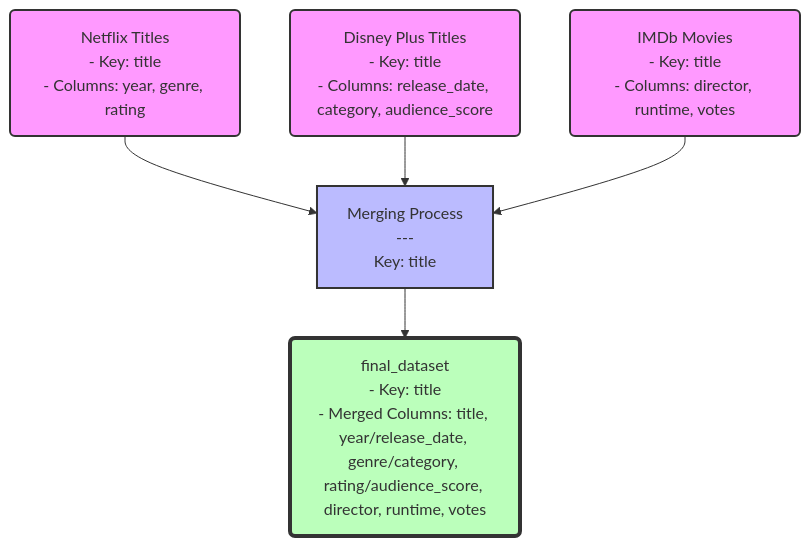
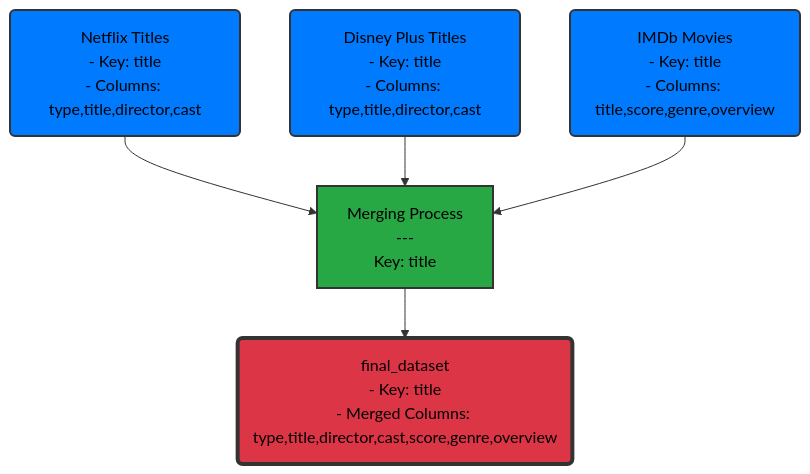
Before and after one commit to ShashankaJagadeesh/Analyzing-Film-Revenue-using-R: the diagram in QuartoCode.qmd, drawn with Mermaid. The commit also changed other lines of this file and 1 other file, not shown here.

First line of the commit message:
Final Draft 1

````diff
--- a/QuartoCode.qmd
+++ b/QuartoCode.qmd
@@ -63,24 +69,24 @@
 ```{mermaid}
 graph TD;
-    classDef dataset fill:#f9f,stroke:#333,stroke-width:2px;
-    classDef process fill:#bbf,stroke:#333,stroke-width:2px;
-    classDef final fill:#bfb,stroke:#333,stroke-width:4px;
+      classDef dataset fill:#007bff,stroke:#333,stroke-width:2px,color:#000;
+      classDef process fill:#28a745,stroke:#333,stroke-width:2px,color:#000;
+      classDef final fill:#dc3545,stroke:#333,stroke-width:4px,color:#000;
 
-    A("Netflix Titles\n- Key: title\n- Columns: year, genre, rating");
-    B("Disney Plus Titles\n- Key: title\n- Columns: release_date, category, audience_score");
-    D("IMDb Movies\n- Key: title\n- Columns: director, runtime, votes");
+    A("Netflix Titles\n- Key: title\n- Columns: type,title,director,cast");
+    B("Disney Plus Titles\n- Key: title\n- Columns: type,title,director,cast");
+    D("IMDb Movies\n- Key: title\n- Columns: title,score,genre,overview");
 
     C["Merging Process\n---\nKey: title"];
-    E("final_dataset\n- Key: title\n- Merged Columns: title, year/release_date, genre/category, rating/audience_score, director, runtime, votes");
+    E("final_dataset\n- Key: title\n- Merged Columns: type,title,director,cast,score,genre,overview");
 
     A --> C;
     B --> C;
     D --> C;
     C --> E;
 
     class A,B,D dataset;
     class C process;
     class E final;
 
 
 ```
````
